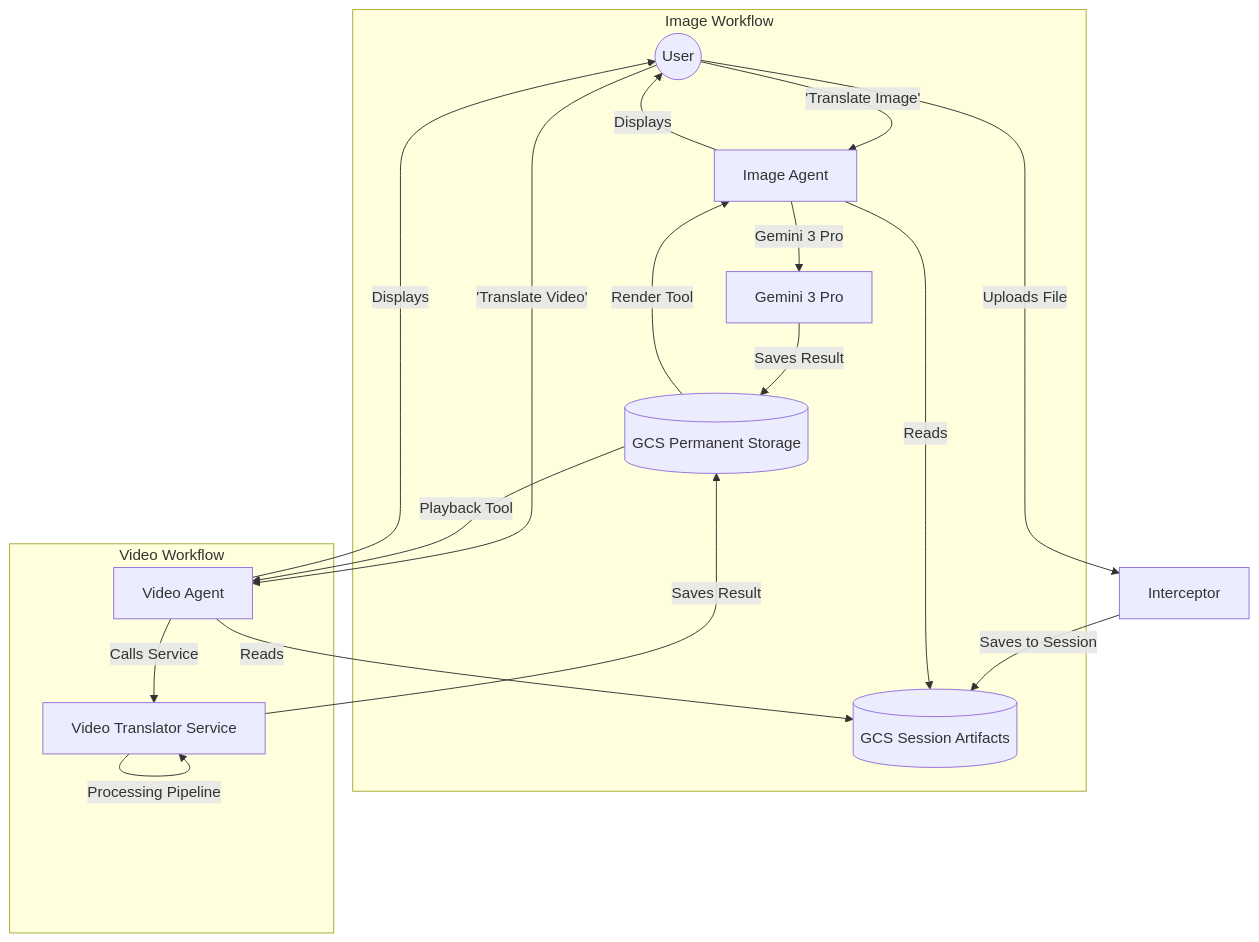
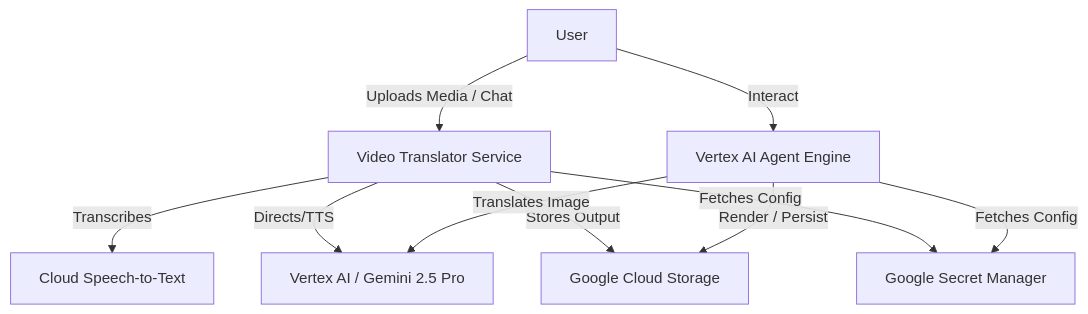
One commit to mycegcpdemo/spinmaster changed the diagram in README.md. Above: the diagram before and after it, drawn with Mermaid. The commit also changed other lines of this file and 30 other files, not shown here.

````diff
--- a/README.md
+++ b/README.md
@@ -138,25 +8,15 @@
 ```mermaid
-graph TD
-    User((User)) -->|Uploads File| Interceptor[Interceptor]
-    Interceptor -->|Saves to Session| GCS_Session[(GCS Session Artifacts)]
+graph TD;
+    User-->|Uploads Media / Chat| CloudRun[Video Translator Service]
+    User-->|Interact| VertexAgent[Vertex AI Agent Engine]
     
-    subgraph "Image Workflow"
-    User -->|'Translate Image'| ImageAgent[Image Agent]
-    ImageAgent -->|Reads| GCS_Session
-    ImageAgent -->|Gemini 3 Pro| Gemini3[Gemini 3 Pro]
-    Gemini3 -->|Saves Result| GCS_Perm[(GCS Permanent Storage)]
-    end
-
-    subgraph "Video Workflow"
-    User -->|'Translate Video'| VideoAgent[Video Agent]
-    VideoAgent -->|Reads| GCS_Session
-    VideoAgent -->|Calls Service| CloudRun[Video Translator Service]
-    CloudRun -->|Processing Pipeline| CloudRun
-    CloudRun -->|Saves Result| GCS_Perm
-    end
-
-    GCS_Perm -->|Render Tool| ImageAgent
-    GCS_Perm -->|Playback Tool| VideoAgent
-    ImageAgent -->|Displays| User
-    VideoAgent -->|Displays| User
+    CloudRun-->|Transcribes| SpeechAPI[Cloud Speech-to-Text]
+    CloudRun-->|Directs/TTS| GenAI[Vertex AI / Gemini 2.5 Pro]
+    CloudRun-->|Stores Output| GCS[Google Cloud Storage]
+    
+    VertexAgent-->|Render / Persist| GCS
+    VertexAgent-->|Translates Image| GenAI
+    
+    CloudRun-->|Fetches Config| Secrets[Google Secret Manager]
+    VertexAgent-->|Fetches Config| Secrets
 ```
````
